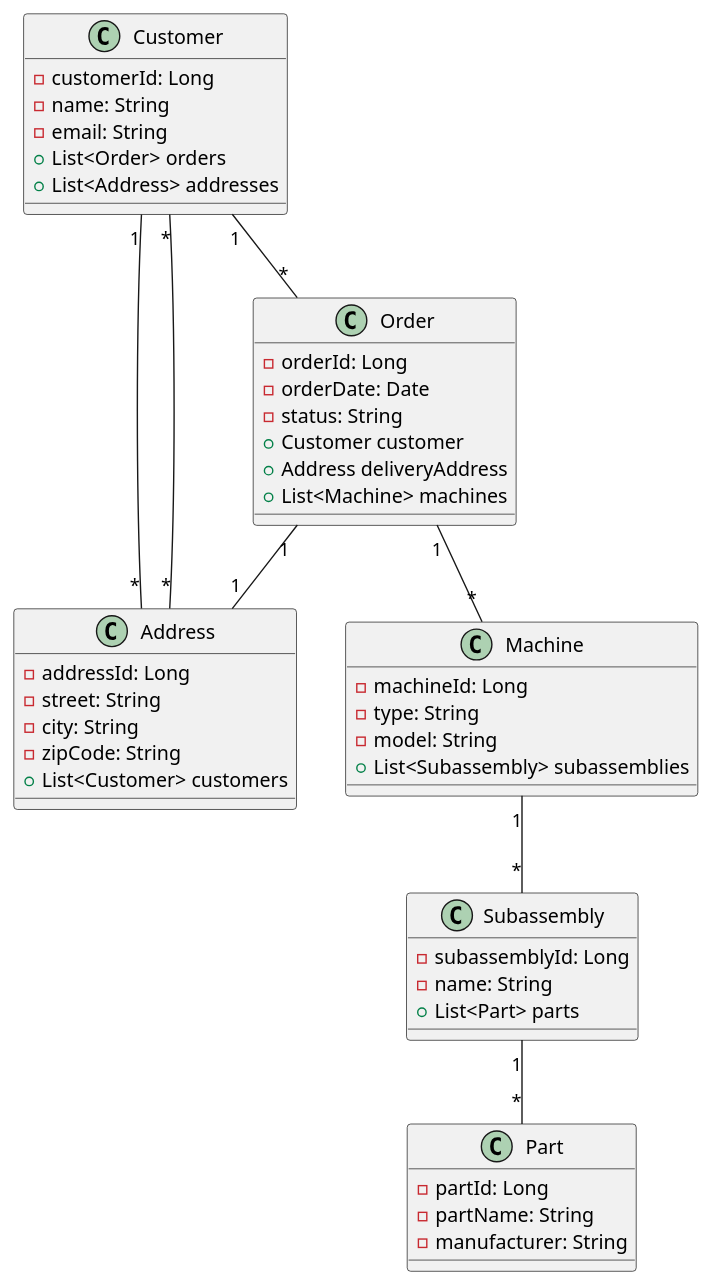
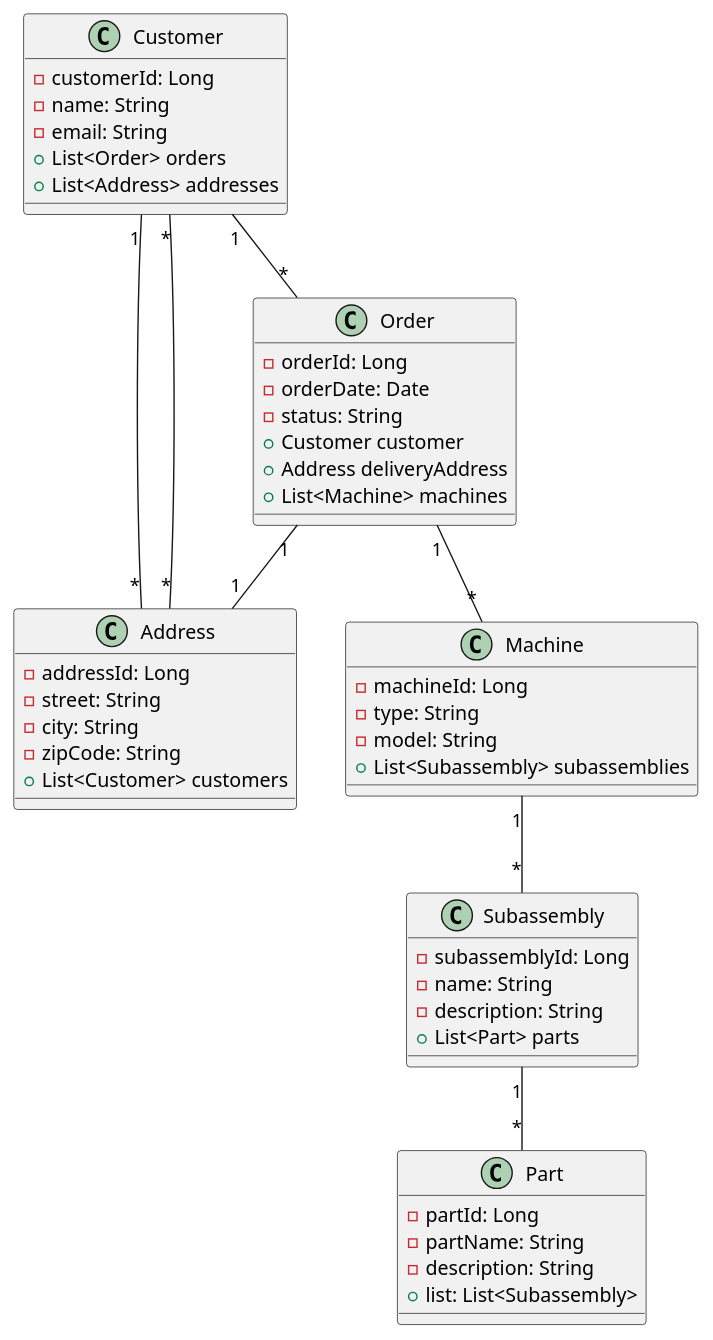
Before and after one commit to nisjety/MachineFactory: the diagram in src/main/resources/UML/MachineFactoryUML.puml, drawn with PlantUML. The commit also changed 10 other files, not shown here.

```diff
--- a/src/main/resources/UML/MachineFactoryUML.puml
+++ b/src/main/resources/UML/MachineFactoryUML.puml
@@ -1,55 +1,57 @@
 @startuml
 
 class Customer {
   - customerId: Long
   - name: String
   - email: String
   + List<Order> orders
   + List<Address> addresses
 }
 
 class Address {
   - addressId: Long
   - street: String
   - city: String
   - zipCode: String
   + List<Customer> customers
 }
 
 class Order {
   - orderId: Long
   - orderDate: Date
   - status: String
   + Customer customer
   + Address deliveryAddress
   + List<Machine> machines
 }
 
 class Machine {
   - machineId: Long
   - type: String
   - model: String
   + List<Subassembly> subassemblies
 }
 
 class Subassembly {
   - subassemblyId: Long
   - name: String
+  - description: String
   + List<Part> parts
 }
 
 class Part {
   - partId: Long
   - partName: String
-  - manufacturer: String
+  - description: String
+  +list: List<Subassembly>
 }
 
 Customer "1" -- "*" Address
 Customer "1" -- "*" Order
 Address "*" -- "*" Customer
 Order "1" -- "1" Address
 Order "1" -- "*" Machine
 Machine "1" -- "*" Subassembly
 Subassembly "1" -- "*" Part
 
 @enduml
```
